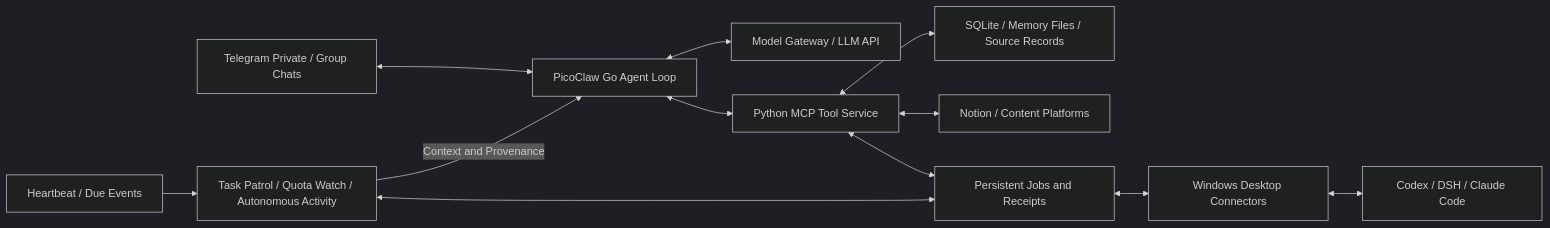
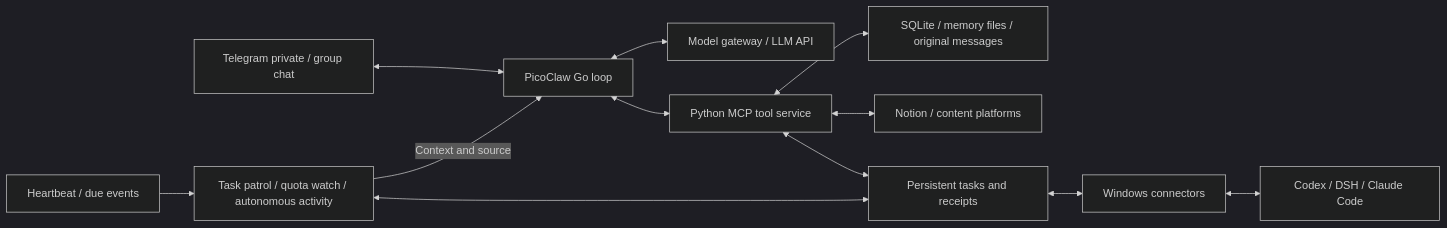
One commit to laofeng-a/fatfish changed the diagram in README.en.md. Above: the diagram before and after it, drawn with Mermaid (dark theme). The commit also changed other lines of this file and 3 other files, not shown here.

````diff
--- a/README.en.md
+++ b/README.en.md
@@ -11,14 +18,14 @@
 ```mermaid
 flowchart LR
-    Telegram[Telegram Private / Group Chats] <--> Gateway[PicoClaw Go Agent Loop]
-    Gateway <--> Model[Model Gateway / LLM API]
-    Gateway <--> MCP[Python MCP Tool Service]
-    MCP <--> Data[SQLite / Memory Files / Source Records]
-    MCP <--> External[Notion / Content Platforms]
-    MCP <--> Jobs[Persistent Jobs and Receipts]
-    Jobs <--> Bridge[Windows Desktop Connectors]
+    Telegram[Telegram private / group chat] <--> Gateway[PicoClaw Go loop]
+    Gateway <--> Model[Model gateway / LLM API]
+    Gateway <--> MCP[Python MCP tool service]
+    MCP <--> Data[SQLite / memory files / original messages]
+    MCP <--> External[Notion / content platforms]
+    MCP <--> Jobs[Persistent tasks and receipts]
+    Jobs <--> Bridge[Windows connectors]
     Bridge <--> Agents[Codex / DSH / Claude Code]
-    Timer[Heartbeat / Due Events] --> Loops[Task Patrol / Quota Watch / Autonomous Activity]
+    Timer[Heartbeat / due events] --> Loops[Task patrol / quota watch / autonomous activity]
     Loops <--> Jobs
-    Loops -->|Context and Provenance| Gateway
+    Loops -->|Context and source| Gateway
 ```
````
